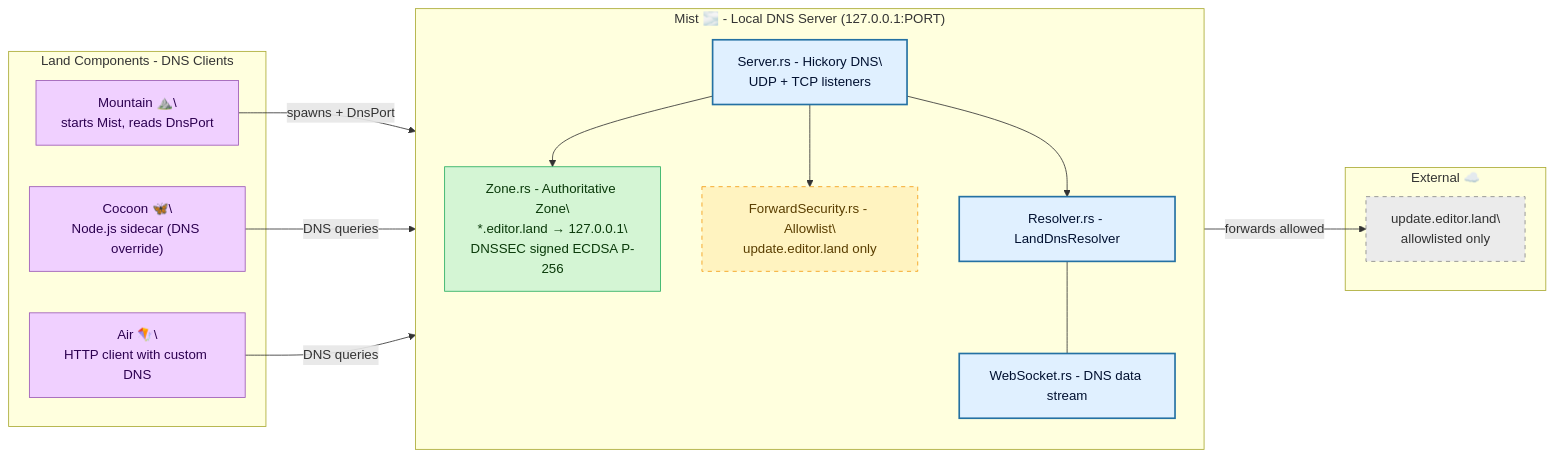
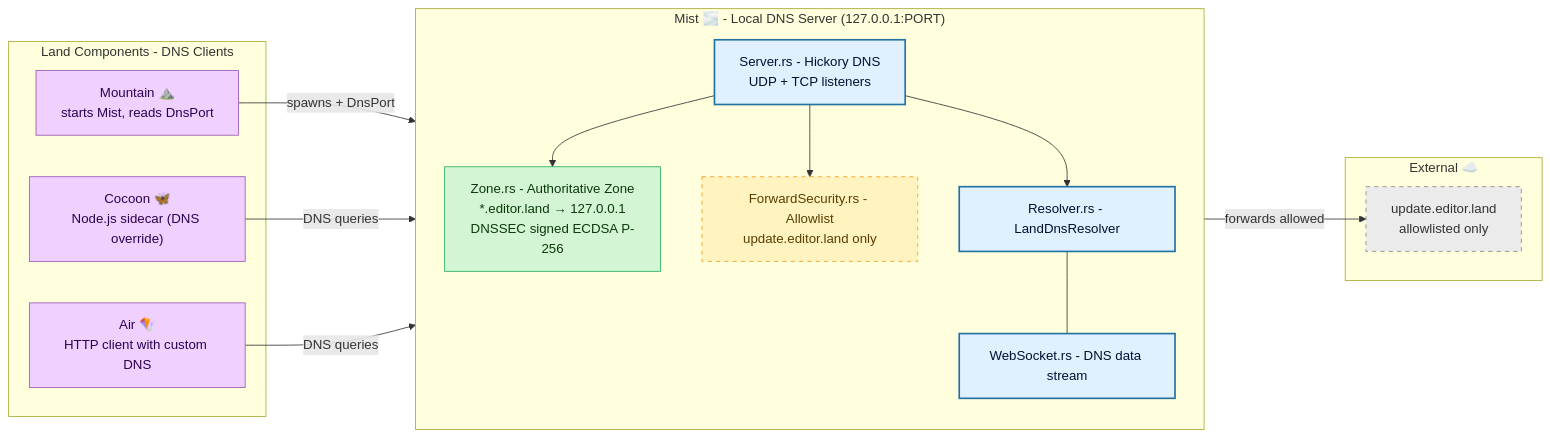
The diagram in README.md (CodeEditorLand/Mist), drawn with Mermaid before and after one commit. The commit also changed other lines of this file, not shown here.

First line of the commit message:
docs(Mist): Restructure README with Compatibility section, code formatting, and badge additions

````diff
--- a/README.md
+++ b/README.md
@@ -129,37 +131,37 @@
 ```mermaid
 graph LR
     classDef mist     fill:#e0f0ff,stroke:#2471a3,stroke-width:2px,color:#001030;
     classDef zone     fill:#d4f5d4,stroke:#27ae60,stroke-width:1px,color:#0a3a0a;
     classDef forward  fill:#fff3c0,stroke:#f39c12,stroke-width:1px,stroke-dasharray:5 5,color:#5a3e00;
     classDef consumer fill:#f0d0ff,stroke:#9b59b6,stroke-width:1px,color:#2c0050;
     classDef external fill:#ebebeb,stroke:#888,stroke-width:1px,stroke-dasharray:5 5,color:#333;
 
     subgraph CONSUMERS["Land Components - DNS Clients"]
-        Mountain["Mountain ⛰️\\nstarts Mist, reads DnsPort"]:::consumer
-        Cocoon["Cocoon 🦋\\nNode.js sidecar (DNS override)"]:::consumer
-        Air["Air 🪁\\nHTTP client with custom DNS"]:::consumer
+        Mountain["Mountain ⛰️\nstarts Mist, reads DnsPort"]:::consumer
+        Cocoon["Cocoon 🦋\nNode.js sidecar (DNS override)"]:::consumer
+        Air["Air 🪁\nHTTP client with custom DNS"]:::consumer
     end
 
     subgraph MIST["Mist 🌫️ - Local DNS Server (127.0.0.1:PORT)"]
         direction TB
-        Server["Server.rs - Hickory DNS\\nUDP + TCP listeners"]:::mist
-        Zone["Zone.rs - Authoritative Zone\\n*.editor.land → 127.0.0.1\\nDNSSEC signed ECDSA P-256"]:::zone
-        Forward["ForwardSecurity.rs - Allowlist\\nupdate.editor.land only"]:::forward
+        Server["Server.rs - Hickory DNS\nUDP + TCP listeners"]:::mist
+        Zone["Zone.rs - Authoritative Zone\n*.editor.land → 127.0.0.1\nDNSSEC signed ECDSA P-256"]:::zone
+        Forward["ForwardSecurity.rs - Allowlist\nupdate.editor.land only"]:::forward
         Resolver["Resolver.rs - LandDnsResolver"]:::mist
         WSTransport["WebSocket.rs - DNS data stream"]:::mist
 
         Server --> Zone
         Server --> Forward
         Server --> Resolver
         Resolver --- WSTransport
     end
 
     subgraph INTERNET["External ☁️"]
-        UpdateServer["update.editor.land\\nallowlisted only"]:::external
+        UpdateServer["update.editor.land\nallowlisted only"]:::external
     end
 
     Mountain -- spawns + DnsPort --> Server
     Cocoon -- DNS queries --> Server
     Air -- DNS queries --> Resolver
     Forward -- forwards allowed --> UpdateServer
 ```
````
